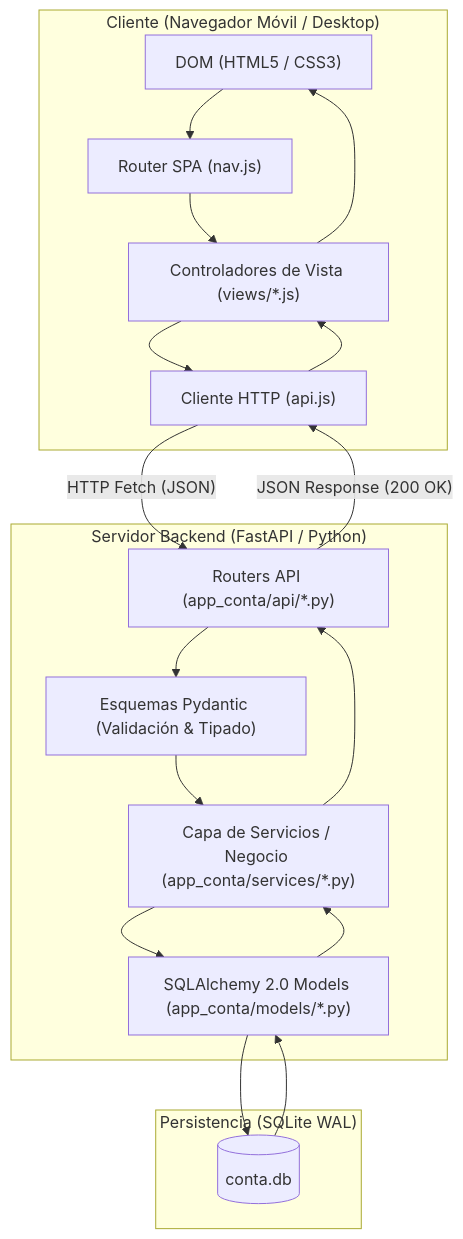
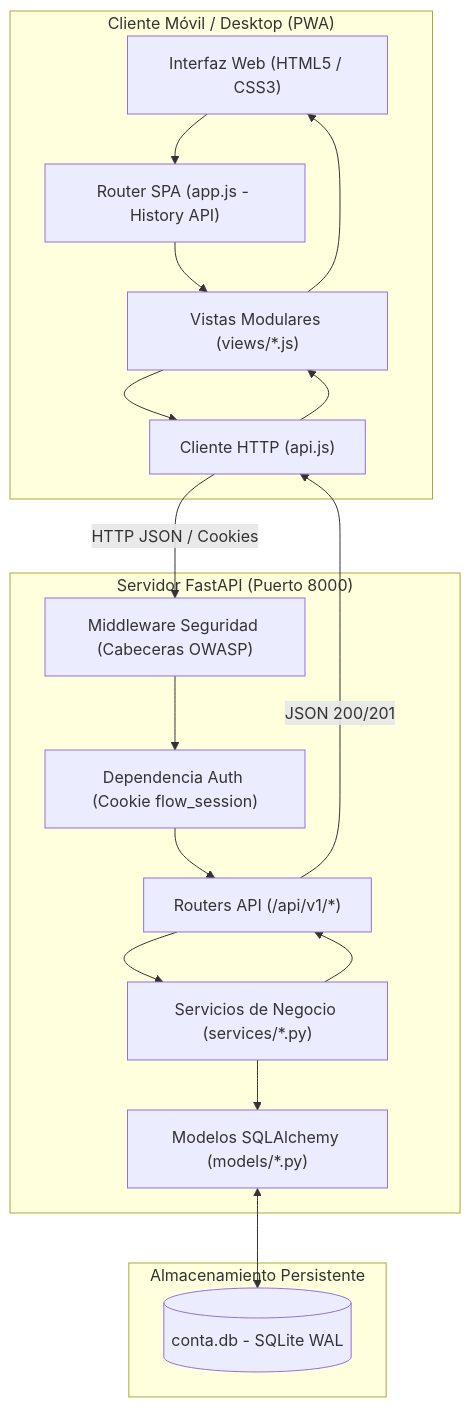
The first of 2 diagrams in docs/informe-tecnico-arquitectura.md (alzahira/flow_appConta), drawn with Mermaid before and after one commit. The commit also changed other lines of this file and 25 other files, not shown here.

Commit message:
feat(auth-prod): sistema multi-usuario, blindaje de seguridad vps, rueda porcentual y despliegue docker

````diff
--- a/docs/informe-tecnico-arquitectura.md
+++ b/docs/informe-tecnico-arquitectura.md
@@ -90,35 +68,35 @@
 ```mermaid
 flowchart TD
-    subgraph Cliente ["Cliente (Navegador Móvil / Desktop)"]
-        UI["DOM (HTML5 / CSS3)"]
-        Router["Router SPA (nav.js)"]
-        Views["Controladores de Vista (views/*.js)"]
+    subgraph Cliente ["Cliente Móvil / Desktop (PWA)"]
+        UI["Interfaz Web (HTML5 / CSS3)"]
+        Router["Router SPA (app.js - History API)"]
+        Views["Vistas Modulares (views/*.js)"]
         APIClient["Cliente HTTP (api.js)"]
     end
 
-    subgraph Backend ["Servidor Backend (FastAPI / Python)"]
-        Endpoints["Routers API (app_conta/api/*.py)"]
-        Validation["Esquemas Pydantic (Validación & Tipado)"]
-        Services["Capa de Servicios / Negocio (app_conta/services/*.py)"]
-        ORM["SQLAlchemy 2.0 Models (app_conta/models/*.py)"]
+    subgraph Backend ["Servidor FastAPI (Puerto 8000)"]
+        SecurityMW["Middleware Seguridad (Cabeceras OWASP)"]
+        AuthDep["Dependencia Auth (Cookie flow_session)"]
+        Routers["Routers API (/api/v1/*)"]
+        Services["Servicios de Negocio (services/*.py)"]
+        ORM["Modelos SQLAlchemy (models/*.py)"]
     end
 
-    subgraph BaseDatos ["Persistencia (SQLite WAL)"]
-        DB[(conta.db)]
+    subgraph Persistencia ["Almacenamiento Persistente"]
+        DB[(conta.db - SQLite WAL)]
     end
 
     UI --> Router
     Router --> Views
     Views --> APIClient
-    APIClient -- "HTTP Fetch (JSON)" --> Endpoints
-    Endpoints --> Validation
-    Validation --> Services
+    APIClient -- "HTTP JSON / Cookies" --> SecurityMW
+    SecurityMW --> AuthDep
+    AuthDep --> Routers
+    Routers --> Services
     Services --> ORM
-    ORM --> DB
-    DB --> ORM
-    ORM --> Services
-    Services --> Endpoints
-    Endpoints -- "JSON Response (200 OK)" --> APIClient
+    ORM <--> DB
+    Services --> Routers
+    Routers -- "JSON 200/201" --> APIClient
     APIClient --> Views
     Views --> UI
 ```
````
